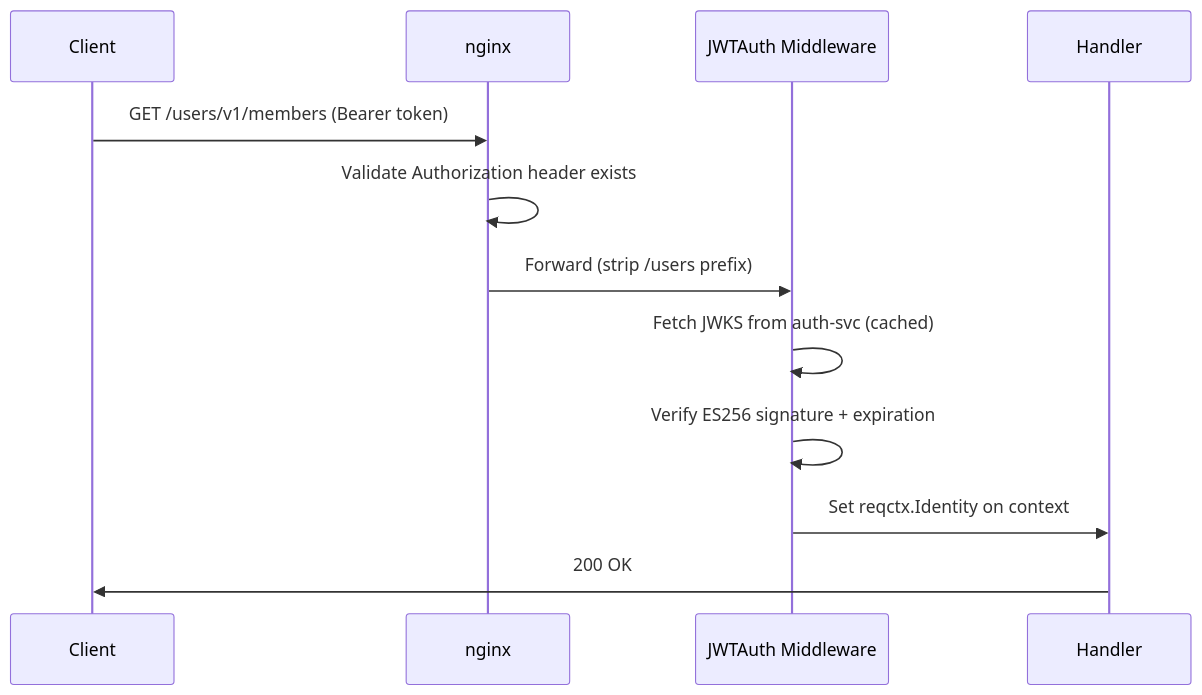
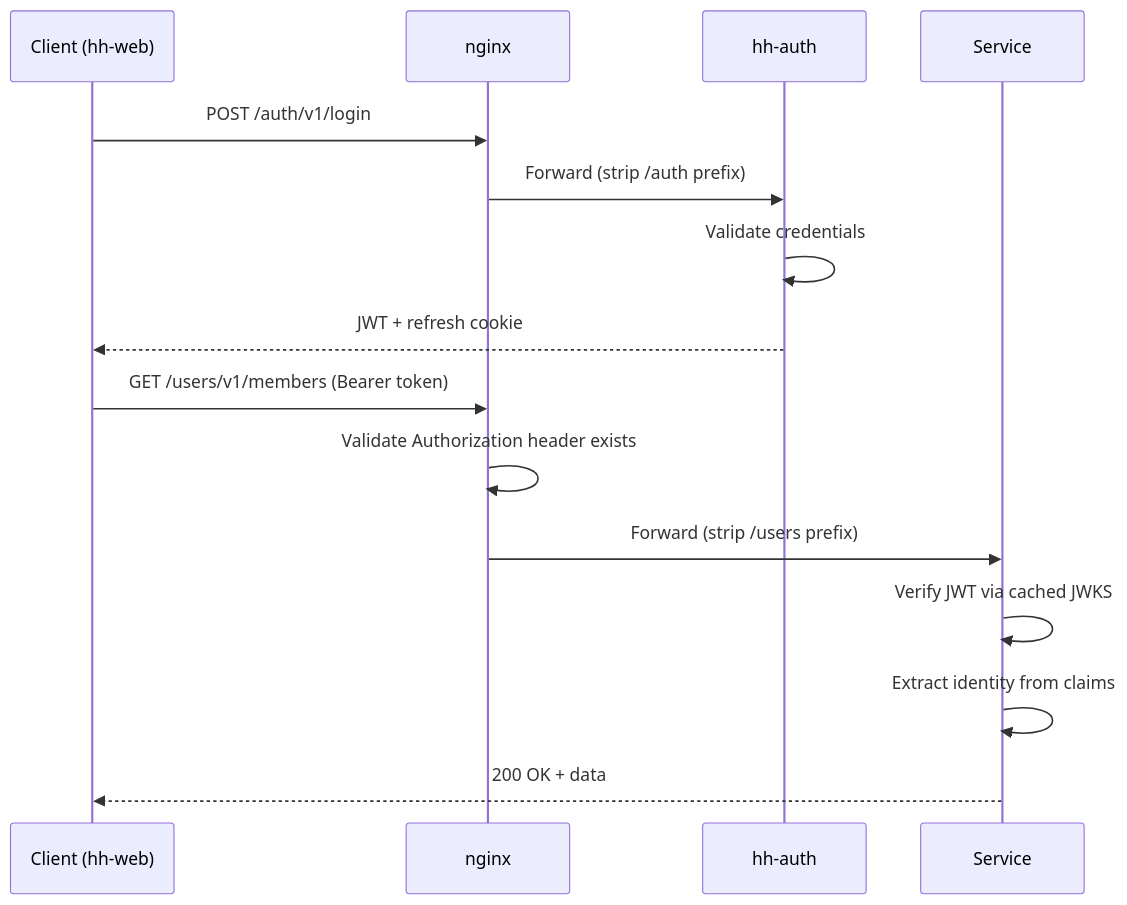
One commit to tiagorocha94/hh-docs changed the second of 3 diagrams in docs/architecture.md. Above: the diagram before and after it, drawn with Mermaid. The commit also changed other lines of this file and 6 other files, not shown here.

First line of the commit message:
Restructure nav by audience, add mermaid diagrams, add hh-web

````diff
--- a/docs/architecture.md
+++ b/docs/architecture.md
@@ -54,15 +64,19 @@
 ```mermaid
 sequenceDiagram
-    participant C as Client
+    participant C as Client (hh-web)
     participant N as nginx
-    participant JWT as JWTAuth Middleware
-    participant H as Handler
+    participant A as hh-auth
+    participant S as Service
+
+    C->>N: POST /auth/v1/login
+    N->>A: Forward (strip /auth prefix)
+    A->>A: Validate credentials
+    A-->>C: JWT + refresh cookie
 
     C->>N: GET /users/v1/members (Bearer token)
     N->>N: Validate Authorization header exists
-    N->>JWT: Forward (strip /users prefix)
-    JWT->>JWT: Fetch JWKS from auth-svc (cached)
-    JWT->>JWT: Verify ES256 signature + expiration
-    JWT->>H: Set reqctx.Identity on context
-    H->>C: 200 OK
+    N->>S: Forward (strip /users prefix)
+    S->>S: Verify JWT via cached JWKS
+    S->>S: Extract identity from claims
+    S-->>C: 200 OK + data
 ```
````
